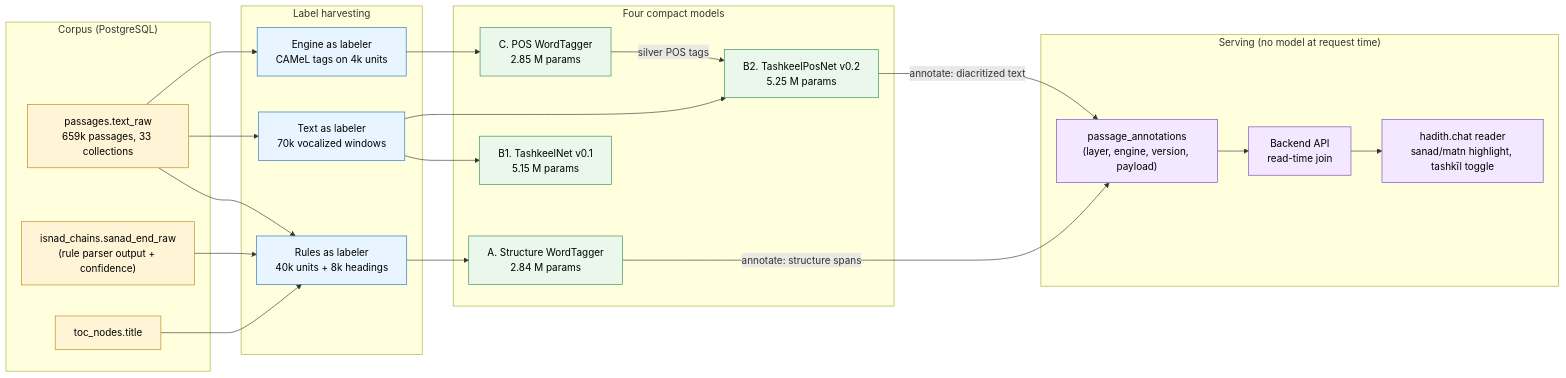
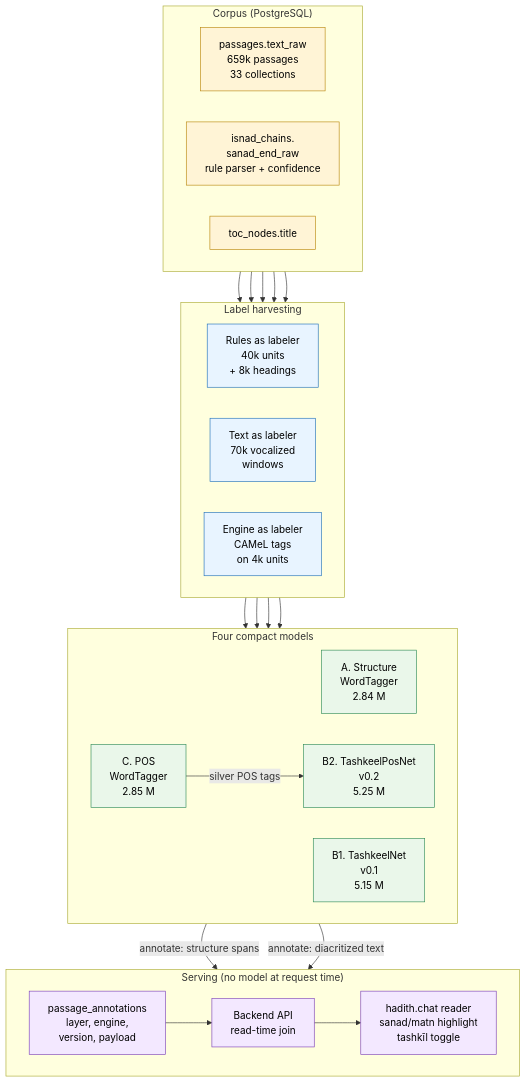
The first of 14 diagrams in docs/PAPER.md (mohammadkhair7/khair-arabic-models), drawn with Mermaid before and after one commit. The commit also changed other lines of this file and 9 other files, not shown here.

First line of the commit message:
webapp: name POS and structure tags in English or Arabic

````diff
--- a/docs/PAPER.md
+++ b/docs/PAPER.md
@@ -117,45 +117,49 @@
 ```mermaid
-flowchart LR
+flowchart TB
     subgraph CORPUS["Corpus (PostgreSQL)"]
-        P["passages.text_raw<br/>659k passages, 33 collections"]
-        IC["isnad_chains.sanad_end_raw<br/>(rule parser output + confidence)"]
+        direction LR
+        P["passages.text_raw<br/>659k passages<br/>33 collections"]
+        IC["isnad_chains.<br/>sanad_end_raw<br/>rule parser + confidence"]
         TOC["toc_nodes.title"]
     end
     subgraph LABELS["Label harvesting"]
-        L1["Rules as labeler<br/>40k units + 8k headings"]
-        L2["Text as labeler<br/>70k vocalized windows"]
-        L3["Engine as labeler<br/>CAMeL tags on 4k units"]
+        direction LR
+        L1["Rules as labeler<br/>40k units<br/>+ 8k headings"]
+        L2["Text as labeler<br/>70k vocalized<br/>windows"]
+        L3["Engine as labeler<br/>CAMeL tags<br/>on 4k units"]
     end
     subgraph MODELS["Four compact models"]
-        M1["A. Structure WordTagger<br/>2.84 M params"]
-        M2["C. POS WordTagger<br/>2.85 M params"]
-        M3["B1. TashkeelNet v0.1<br/>5.15 M params"]
-        M4["B2. TashkeelPosNet v0.2<br/>5.25 M params"]
+        direction LR
+        M1["A. Structure<br/>WordTagger<br/>2.84 M"]
+        M2["C. POS<br/>WordTagger<br/>2.85 M"]
+        M3["B1. TashkeelNet<br/>v0.1<br/>5.15 M"]
+        M4["B2. TashkeelPosNet<br/>v0.2<br/>5.25 M"]
     end
     subgraph SERVE["Serving (no model at request time)"]
-        PA["passage_annotations<br/>(layer, engine, version, payload)"]
+        direction LR
+        PA["passage_annotations<br/>layer, engine,<br/>version, payload"]
         API["Backend API<br/>read-time join"]
-        UI["hadith.chat reader<br/>sanad/matn highlight, tashkīl toggle"]
+        UI["hadith.chat reader<br/>sanad/matn highlight<br/>tashkīl toggle"]
     end
     P --> L1
     IC --> L1
     TOC --> L1
     P --> L2
     P --> L3
     L1 --> M1
     L3 --> M2
     L2 --> M3
     L2 --> M4
     M2 -- "silver POS tags" --> M4
     M1 -- "annotate: structure spans" --> PA
     M4 -- "annotate: diacritized text" --> PA
     PA --> API --> UI
     classDef src fill:#fff4d6,stroke:#b8860b,color:#000
     classDef data fill:#e8f4ff,stroke:#1e6fb8,color:#000
     classDef model fill:#eaf7ea,stroke:#2e8b57,color:#000
     classDef serve fill:#f3e8ff,stroke:#7b3fb8,color:#000
     class P,IC,TOC src
     class L1,L2,L3 data
     class M1,M2,M3,M4 model
     class PA,API,UI serve
 ```
````
